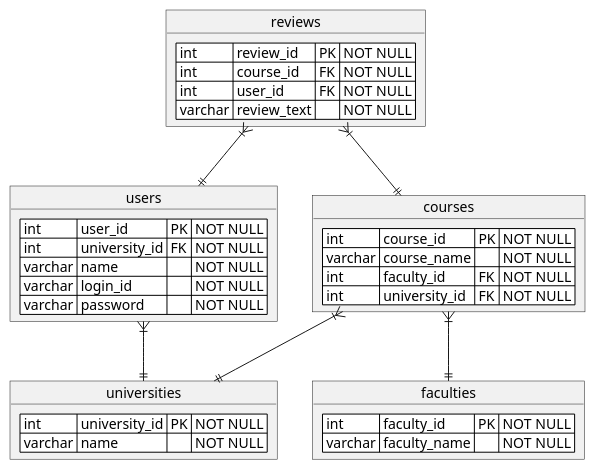
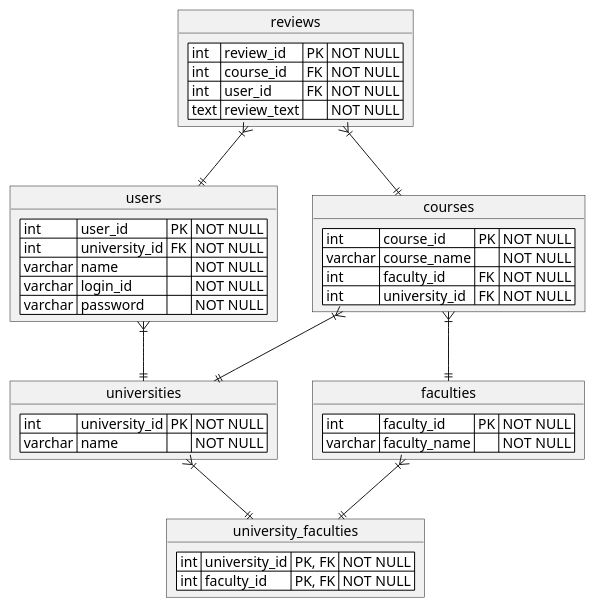
One commit to ogiogidayo/syllabus-app changed the diagram in design_docs/rdb/erd.puml. Above: the diagram before and after it, drawn with PlantUML. The commit also changed 3 other files, not shown here.

```diff
--- a/design_docs/rdb/erd.puml
+++ b/design_docs/rdb/erd.puml
@@ -1,41 +1,48 @@
 @startuml
 
 object users {
 <#white>| int | user_id | PK | NOT NULL |
 <#white>| int | university_id | FK | NOT NULL |
 <#white>| varchar | name | | NOT NULL |
 <#white>| varchar | login_id |  | NOT NULL |
 <#white>| varchar | password |  | NOT NULL |
 }
 
 object universities {
 <#white>| int | university_id | PK | NOT NULL |
 <#white>| varchar | name | | NOT NULL |
 }
 
 object faculties {
 <#white>| int | faculty_id | PK | NOT NULL |
 <#white>| varchar | faculty_name | | NOT NULL |
 }
 
 object courses {
 <#white>| int | course_id | PK | NOT NULL |
 <#white>| varchar | course_name | | NOT NULL |
 <#white>| int | faculty_id | FK | NOT NULL |
 <#white>| int | university_id | FK | NOT NULL |
 }
 
 object reviews {
 <#white>| int | review_id | PK | NOT NULL |
 <#white>| int | course_id | FK | NOT NULL |
 <#white>| int | user_id | FK | NOT NULL |
-<#white>| varchar | review_text |  | NOT NULL |
+<#white>| text | review_text |  | NOT NULL |
 }
 
+object university_faculties {
+<#white>| int | university_id | PK, FK | NOT NULL |
+<#white>| int | faculty_id | PK, FK | NOT NULL |
+}
 
 users }|--|| universities
 courses }|--|| universities
 courses }|--|| faculties
+universities }|--|| university_faculties
+faculties }|--|| university_faculties
+
 reviews }|--|| courses
 reviews }|--|| users
 @enduml
```
